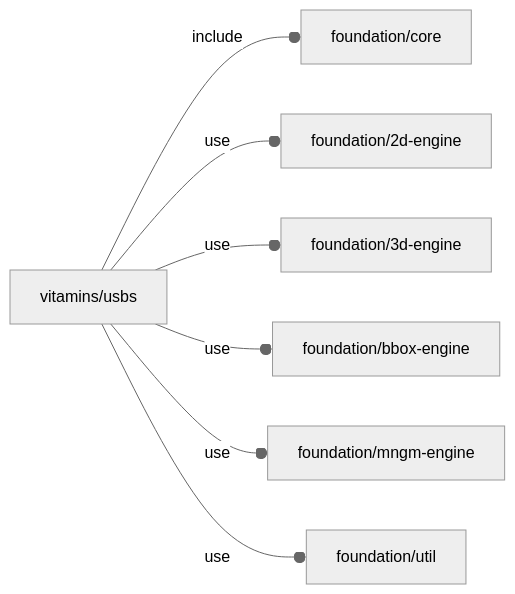
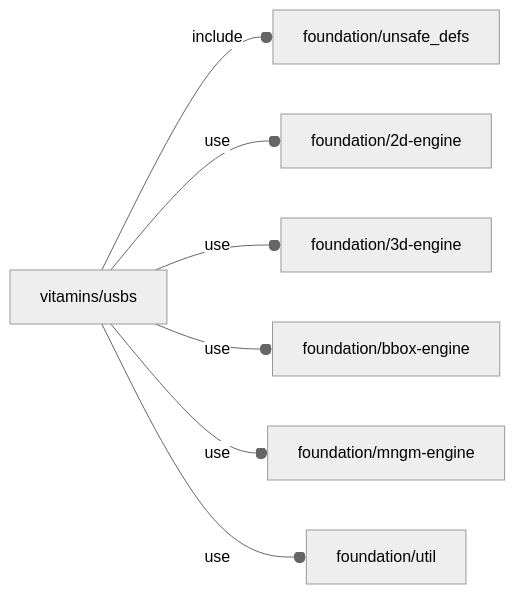
The diagram in orthodocs/vitamins/usbs.md (ggabbiani/OFL), drawn with Mermaid (neutral theme) before and after one commit. The commit also changed other lines of this file and 10 other files, not shown here.

````diff
--- a/orthodocs/vitamins/usbs.md
+++ b/orthodocs/vitamins/usbs.md
@@ -5,9 +5,9 @@
 ```mermaid
 graph LR
-    A1[vitamins/usbs] --o|include| A2[foundation/core]
+    A1[vitamins/usbs] --o|include| A2[foundation/unsafe_defs]
     A1 --o|use| A3[foundation/2d-engine]
     A1 --o|use| A4[foundation/3d-engine]
     A1 --o|use| A5[foundation/bbox-engine]
     A1 --o|use| A6[foundation/mngm-engine]
     A1 --o|use| A7[foundation/util]
 ```
````
